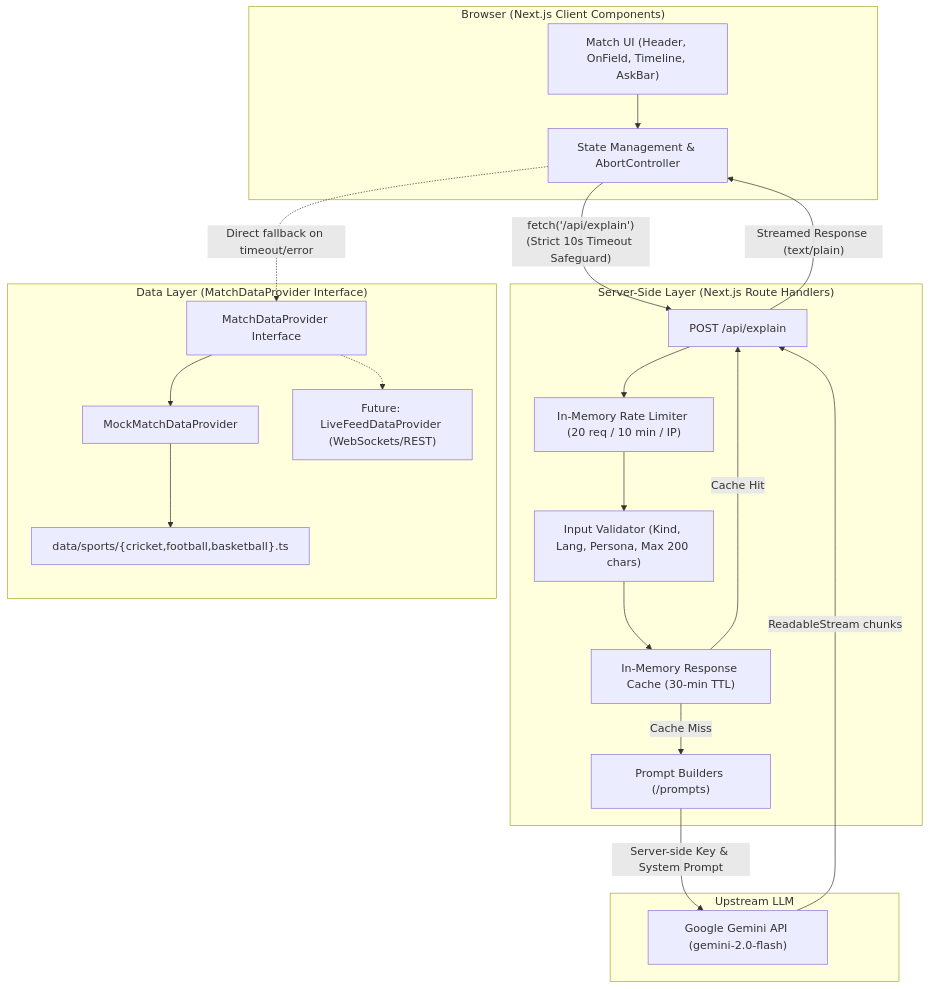
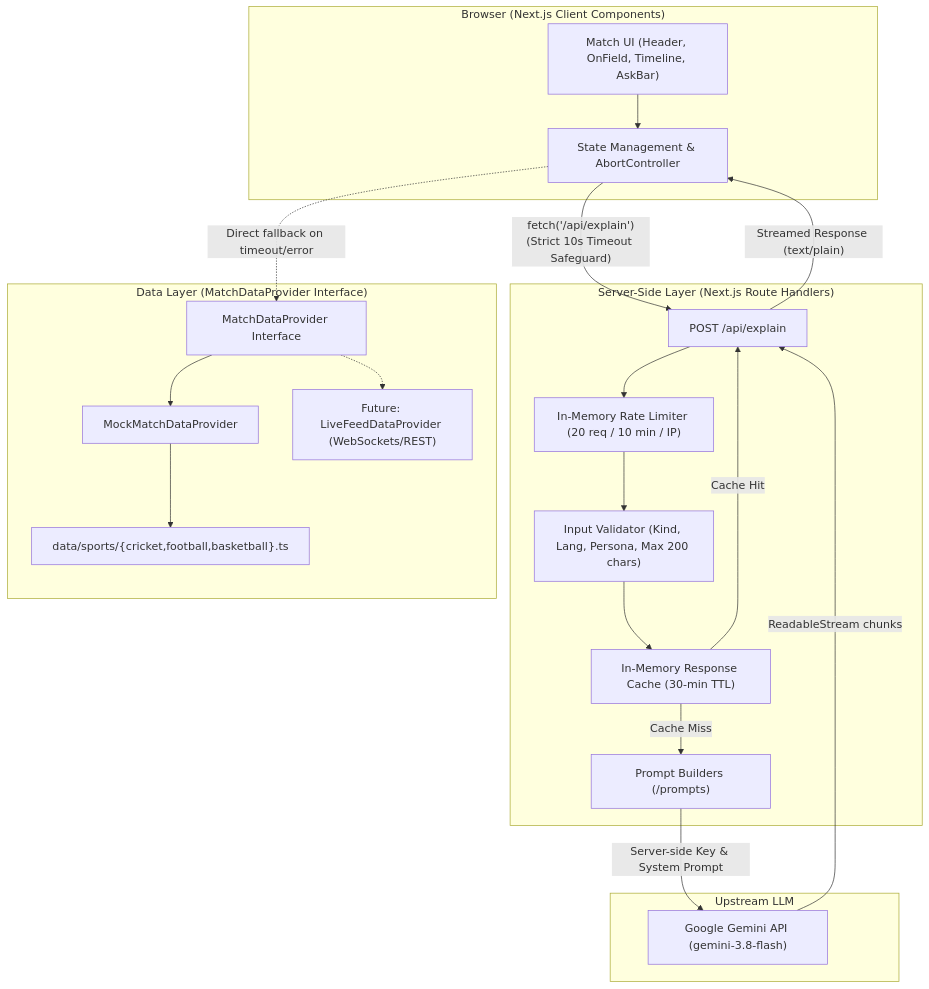
Before and after one commit to aryaman0406/Match-Buddy: the diagram in README.md, drawn with Mermaid. The commit also changed other lines of this file and 2 other files, not shown here.

````diff
--- a/README.md
+++ b/README.md
@@ -33,42 +33,42 @@
 ```mermaid
 flowchart TD
     subgraph Client ["Browser (Next.js Client Components)"]
         UI["Match UI (Header, OnField, Timeline, AskBar)"]
         State["State Management & AbortController"]
         UI --> State
     end
 
     subgraph Server ["Server-Side Layer (Next.js Route Handlers)"]
         API["POST /api/explain"]
         RateLimit["In-Memory Rate Limiter (20 req / 10 min / IP)"]
         Cache["In-Memory Response Cache (30-min TTL)"]
         Validator["Input Validator (Kind, Lang, Persona, Max 200 chars)"]
         Prompts["Prompt Builders (/prompts)"]
         
         API --> RateLimit
         RateLimit --> Validator
         Validator --> Cache
         Cache -- Cache Hit --> API
         Cache -- Cache Miss --> Prompts
     end
 
     subgraph DataLayer ["Data Layer (MatchDataProvider Interface)"]
         Interface["MatchDataProvider Interface"]
         MockProvider["MockMatchDataProvider"]
         LiveProvider["Future: LiveFeedDataProvider (WebSockets/REST)"]
         
         Interface --> MockProvider
         Interface -.-> LiveProvider
         MockProvider --> SportData["data/sports/{cricket,football,basketball}.ts"]
     end
 
     subgraph AI ["Upstream LLM"]
-        Gemini["Google Gemini API (gemini-2.0-flash)"]
+        Gemini["Google Gemini API (gemini-3.8-flash)"]
     end
 
     State -- "fetch('/api/explain')\n(Strict 10s Timeout Safeguard)" --> API
     State -. "Direct fallback on timeout/error" .-> Interface
     Prompts -- "Server-side Key & System Prompt" --> Gemini
     Gemini -- "ReadableStream chunks" --> API
     API -- "Streamed Response (text/plain)" --> State
 ```
````
